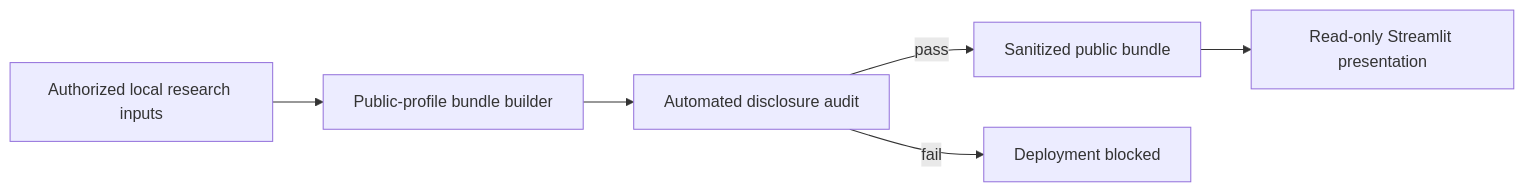
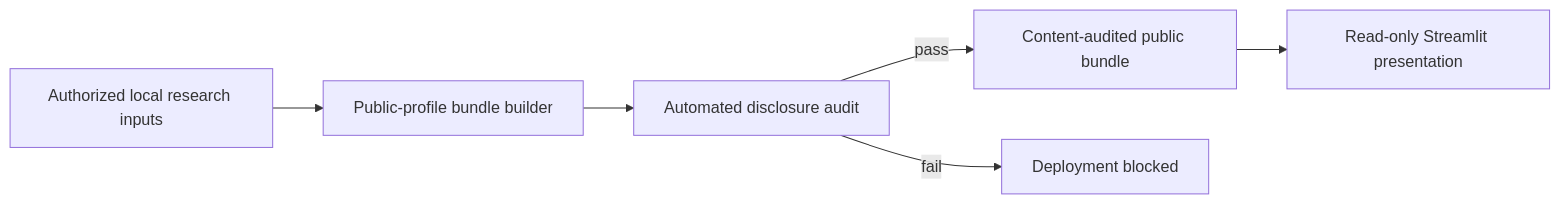
The diagram in precipice_classification_dashboard/README.md (Mudkipython/GNSS), drawn with Mermaid before and after one commit. The commit also changed other lines of this file and 1 other file, not shown here.

````diff
--- a/precipice_classification_dashboard/README.md
+++ b/precipice_classification_dashboard/README.md
@@ -43,8 +58,8 @@
 ```mermaid
 flowchart LR
     A["Authorized local research inputs"] --> B["Public-profile bundle builder"]
     B --> C["Automated disclosure audit"]
-    C -->|pass| D["Sanitized public bundle"]
+    C -->|pass| D["Content-audited public bundle"]
     D --> E["Read-only Streamlit presentation"]
     C -->|fail| F["Deployment blocked"]
 ```
````
